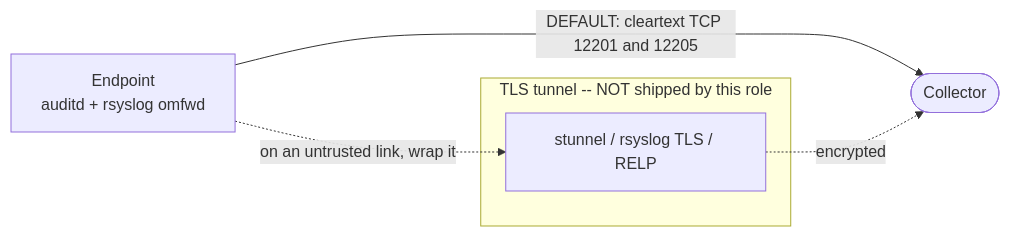
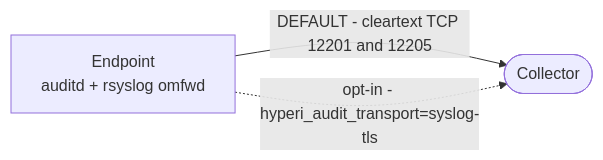
The diagram in docs/security-considerations.md (hyperi-io/edge-integration-linux), drawn with Mermaid before and after one commit. The commit also changed other lines of this file and 17 other files, not shown here.

First line of the commit message:
feat: optional encrypted + reliable transports (TLS and RELP)

````diff
--- a/docs/security-considerations.md
+++ b/docs/security-considerations.md
@@ -41,11 +47,7 @@
 ```mermaid
 flowchart LR
   ep["Endpoint<br/>auditd + rsyslog omfwd"]
   collector([Collector])
-  ep -->|DEFAULT: cleartext TCP 12201 and 12205| collector
-  ep -.->|on an untrusted link, wrap it| tun
-  subgraph tunnel["TLS tunnel -- NOT shipped by this role"]
-    tun["stunnel / rsyslog TLS / RELP"]
-  end
-  tun -.->|encrypted| collector
+  ep -->|DEFAULT - cleartext TCP 12201 and 12205| collector
+  ep -.->|opt-in - hyperi_audit_transport=syslog-tls| collector
 ```
````
